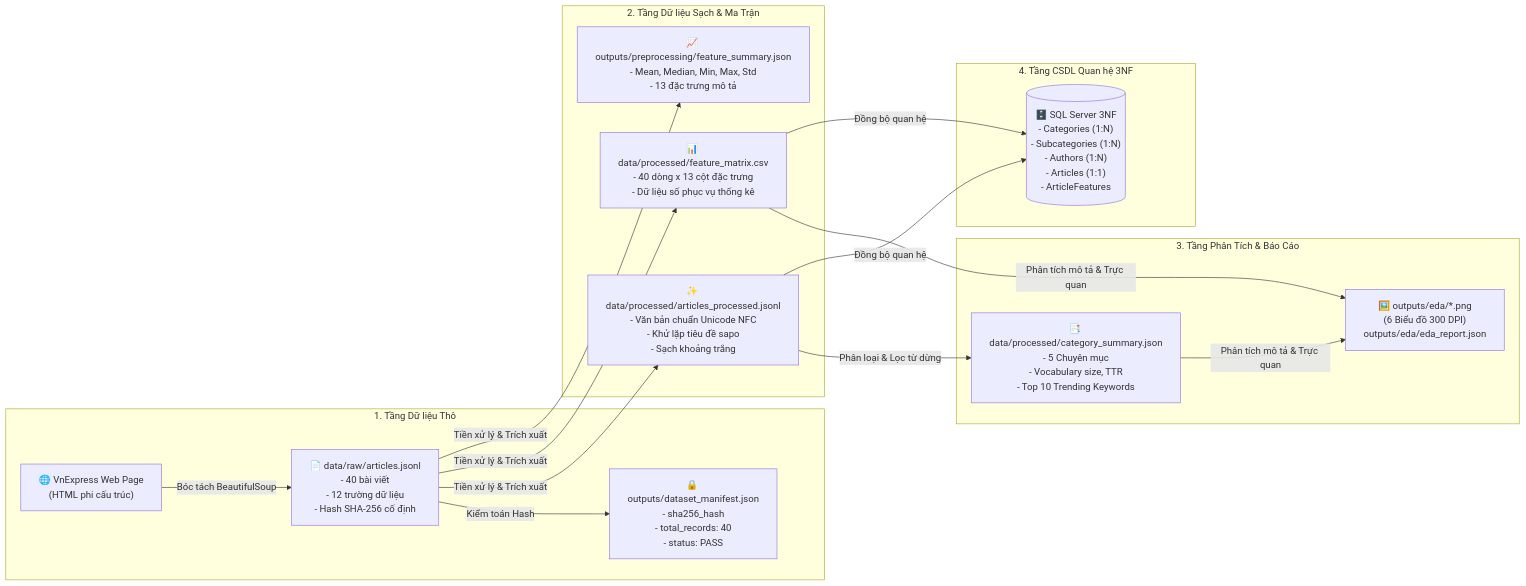
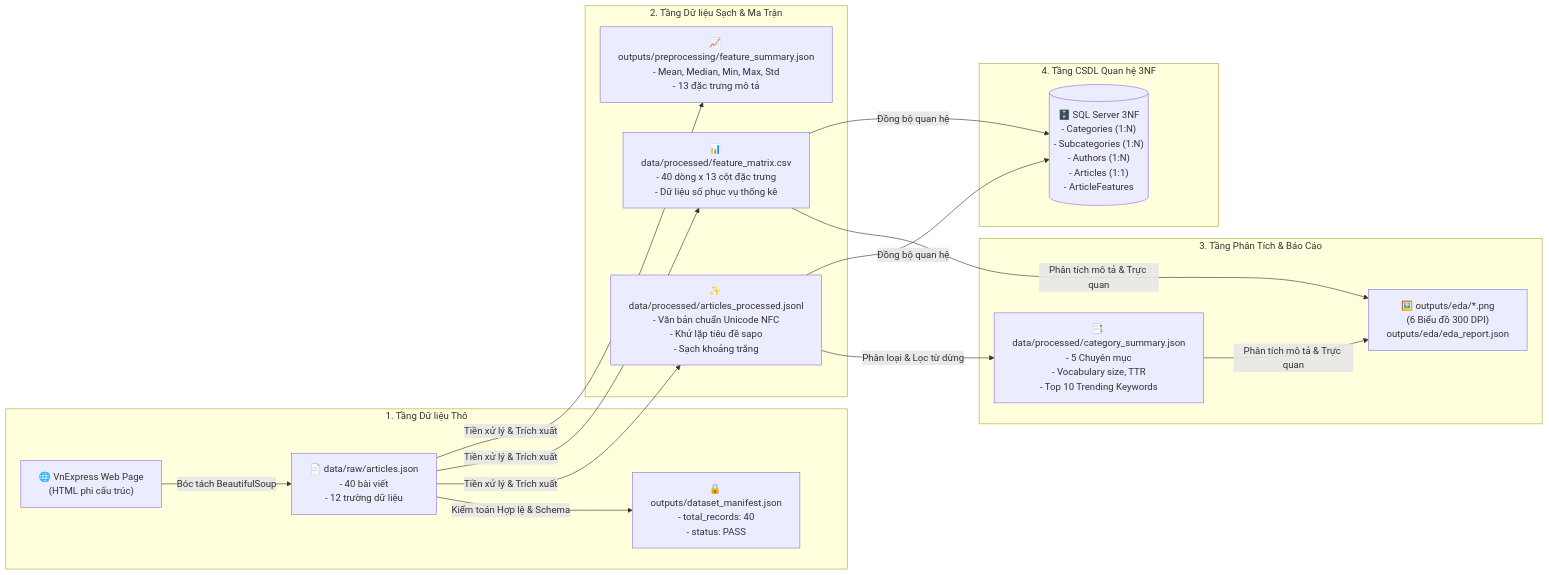
The third of 5 diagrams in docs/pipeline_flow.md (Trunghieu2007/ADY201m-Project), drawn with Mermaid before and after one commit. The commit also changed other lines of this file and 12 other files, not shown here.

Commit message:
refactor: cap nhat crawler theo DOM thuc te, xuat articles.json va loai bo ma bam SHA256

````diff
--- a/docs/pipeline_flow.md
+++ b/docs/pipeline_flow.md
@@ -152,30 +152,30 @@
 ```mermaid
 flowchart LR
     subgraph Raw ["1. Tầng Dữ liệu Thô"]
         HTML["🌐 VnExpress Web Page\n(HTML phi cấu trúc)"]
-        RAW["📄 data/raw/articles.jsonl\n- 40 bài viết\n- 12 trường dữ liệu\n- Hash SHA-256 cố định"]
-        MANIFEST["🔒 outputs/dataset_manifest.json\n- sha256_hash\n- total_records: 40\n- status: PASS"]
+        RAW["📄 data/raw/articles.json\n- 40 bài viết\n- 12 trường dữ liệu"]
+        MANIFEST["🔒 outputs/dataset_manifest.json\n- total_records: 40\n- status: PASS"]
     end
 
     subgraph Cleaned ["2. Tầng Dữ liệu Sạch & Ma Trận"]
         PROC["✨ data/processed/articles_processed.jsonl\n- Văn bản chuẩn Unicode NFC\n- Khử lặp tiêu đề sapo\n- Sạch khoảng trắng"]
         FEAT["📊 data/processed/feature_matrix.csv\n- 40 dòng x 13 cột đặc trưng\n- Dữ liệu số phục vụ thống kê"]
         FEAT_SUM["📈 outputs/preprocessing/feature_summary.json\n- Mean, Median, Min, Max, Std\n- 13 đặc trưng mô tả"]
     end
 
     subgraph Analytics ["3. Tầng Phân Tích & Báo Cáo"]
         CAT["📑 data/processed/category_summary.json\n- 5 Chuyên mục\n- Vocabulary size, TTR\n- Top 10 Trending Keywords"]
         EDA_OUT["🖼️ outputs/eda/*.png\n(6 Biểu đồ 300 DPI)\noutputs/eda/eda_report.json"]
     end
 
     subgraph Relational ["4. Tầng CSDL Quan hệ 3NF"]
         DB[("🗄️ SQL Server 3NF\n- Categories (1:N)\n- Subcategories (1:N)\n- Authors (1:N)\n- Articles (1:1)\n- ArticleFeatures")]
     end
 
     HTML -->|Bóc tách BeautifulSoup| RAW
-    RAW -->|Kiểm toán Hash| MANIFEST
+    RAW -->|Kiểm toán Hợp lệ & Schema| MANIFEST
     RAW -->|Tiền xử lý & Trích xuất| PROC & FEAT & FEAT_SUM
     PROC -->|Phân loại & Lọc từ dừng| CAT
     FEAT & CAT -->|Phân tích mô tả & Trực quan| EDA_OUT
     PROC & FEAT -->|Đồng bộ quan hệ| DB
 ```
````
